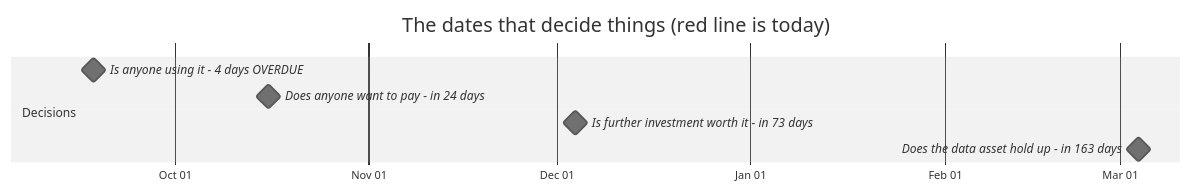
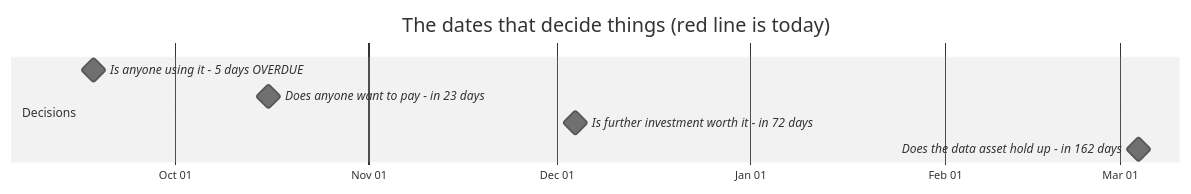
Before and after one commit to jakegu1/vetagent: the first of 2 diagrams in docs/OWNER.md, drawn with Mermaid (neutral theme). The commit also changed other lines of this file and 1 other file, not shown here.

````diff
--- a/docs/OWNER.md
+++ b/docs/OWNER.md
@@ -75,12 +75,12 @@
 ```mermaid
 gantt
     dateFormat YYYY-MM-DD
     axisFormat %b %d
     todayMarker stroke-width:3px,stroke:#d33,stroke-dasharray:0
     title The dates that decide things (red line is today)
     section Decisions
-    Is anyone using it - 4 days OVERDUE :milestone, 2026-09-18, 0d
-    Does anyone want to pay - in 24 days :milestone, 2026-10-16, 0d
-    Is further investment worth it - in 73 days :milestone, 2026-12-04, 0d
-    Does the data asset hold up - in 163 days :milestone, 2027-03-04, 0d
+    Is anyone using it - 5 days OVERDUE :milestone, 2026-09-18, 0d
+    Does anyone want to pay - in 23 days :milestone, 2026-10-16, 0d
+    Is further investment worth it - in 72 days :milestone, 2026-12-04, 0d
+    Does the data asset hold up - in 162 days :milestone, 2027-03-04, 0d
 ```
````
